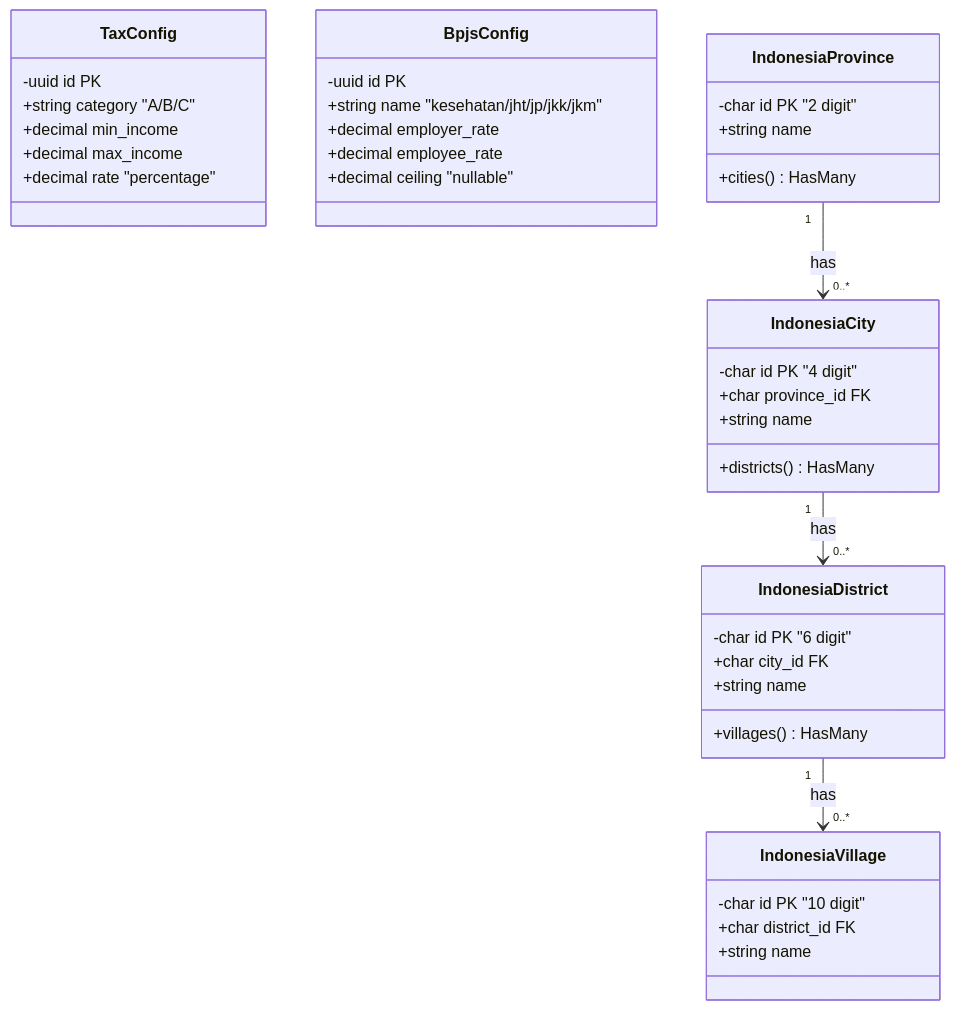
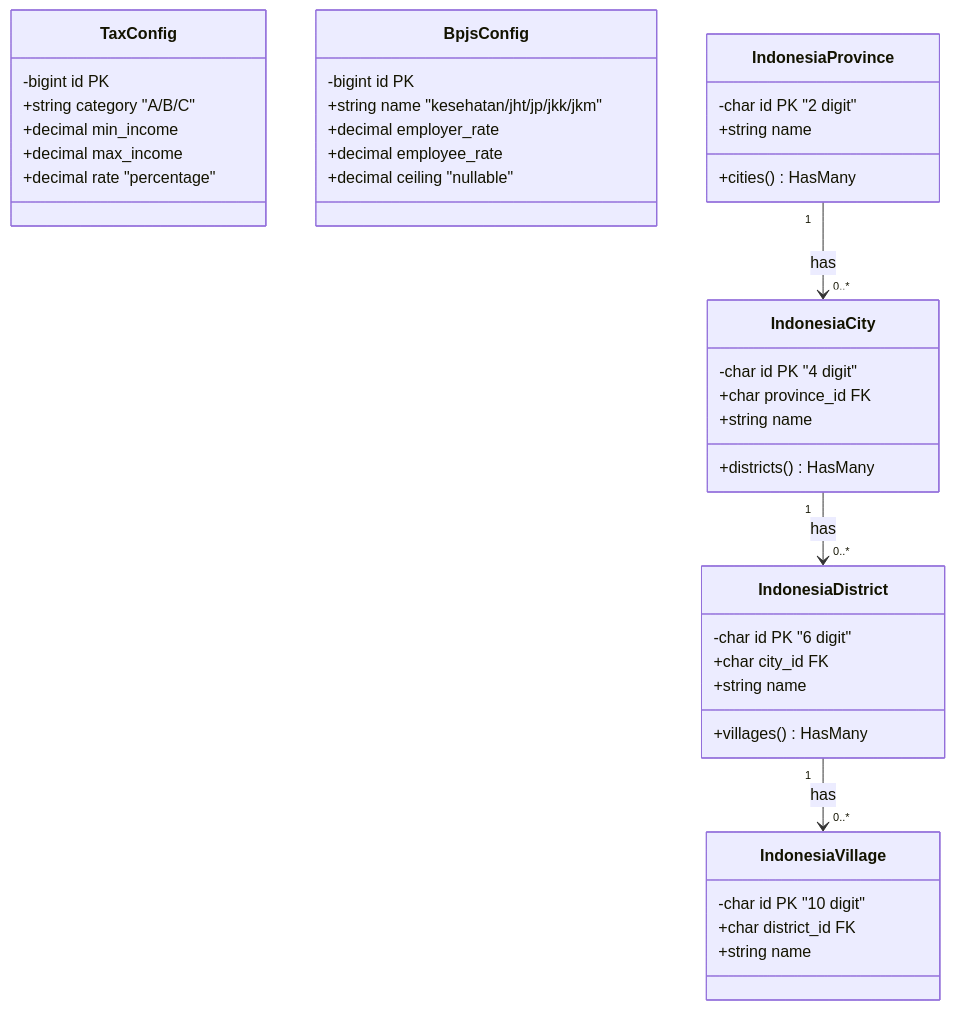
Before and after one commit to Merger2/hrconnect: the seventh of 7 diagrams in docs/architecture/class-diagram.md, drawn with Mermaid. The commit also changed other lines of this file and 71 other files, not shown here.

````diff
--- a/docs/architecture/class-diagram.md
+++ b/docs/architecture/class-diagram.md
@@ -835,49 +846,49 @@
 ```mermaid
 classDiagram
     class TaxConfig {
-        -uuid id PK
+        -bigint id PK
         +string category "A/B/C"
         +decimal min_income
         +decimal max_income
         +decimal rate "percentage"
     }
     
     class BpjsConfig {
-        -uuid id PK
+        -bigint id PK
         +string name "kesehatan/jht/jp/jkk/jkm"
         +decimal employer_rate
         +decimal employee_rate
         +decimal ceiling "nullable"
     }
     
     class IndonesiaProvince {
         -char id PK "2 digit"
         +string name
         +cities() HasMany
     }
     
     class IndonesiaCity {
         -char id PK "4 digit"
         +char province_id FK
         +string name
         +districts() HasMany
     }
     
     class IndonesiaDistrict {
         -char id PK "6 digit"
         +char city_id FK
         +string name
         +villages() HasMany
     }
     
     class IndonesiaVillage {
         -char id PK "10 digit"
         +char district_id FK
         +string name
     }
     
     %% Relationships
     IndonesiaProvince "1" --> "0..*" IndonesiaCity : has
     IndonesiaCity "1" --> "0..*" IndonesiaDistrict : has
     IndonesiaDistrict "1" --> "0..*" IndonesiaVillage : has
 ```
````
